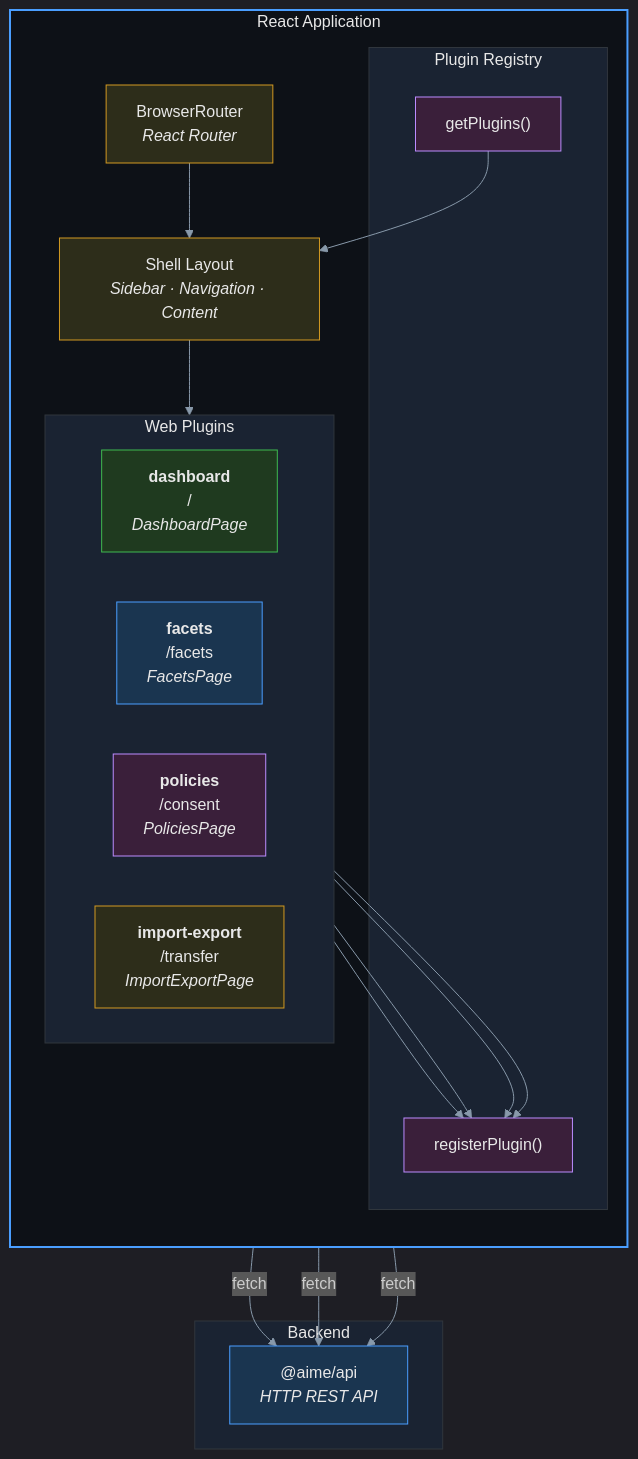
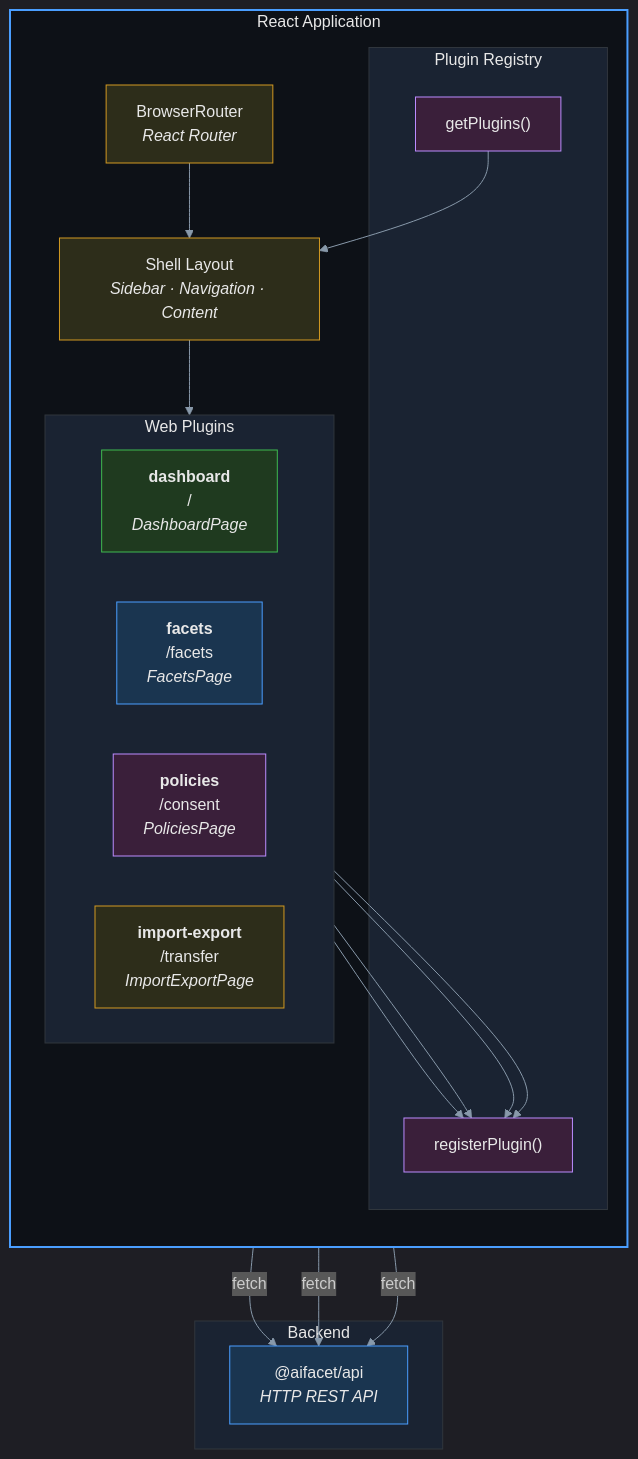
One commit to escamez/aifacet changed the fifth of 6 diagrams in docs/design/ARCHITECTURE.md. Above: the diagram before and after it, drawn with Mermaid. The commit also changed other lines of this file and 46 other files, not shown here.

First line of the commit message:
Rename project from AIME/contextme to AIFacet

````diff
--- a/docs/design/ARCHITECTURE.md
+++ b/docs/design/ARCHITECTURE.md
@@ -198,52 +198,52 @@
 ```mermaid
 %%{init: {'theme': 'dark', 'themeVariables': {'primaryColor': '#4a9eff', 'primaryTextColor': '#e8e8e8', 'primaryBorderColor': '#6bb3ff', 'lineColor': '#8899aa', 'secondaryColor': '#2d5a8a', 'tertiaryColor': '#1a3550'}}}%%
 
 graph TB
     subgraph WEBAPP["React Application"]
         direction TB
         ROUTER["BrowserRouter<br/><i>React Router</i>"]
         SHELL["Shell Layout<br/><i>Sidebar · Navigation · Content</i>"]
 
         subgraph REGISTRY["Plugin Registry"]
             REG["registerPlugin()"]
             GET["getPlugins()"]
         end
 
         subgraph WPLUGINS["Web Plugins"]
             direction LR
             DASH["<b>dashboard</b><br/>/<br/><i>DashboardPage</i>"]
             WFACETS["<b>facets</b><br/>/facets<br/><i>FacetsPage</i>"]
             WPOLICIES["<b>policies</b><br/>/consent<br/><i>PoliciesPage</i>"]
             WTRANSFER["<b>import-export</b><br/>/transfer<br/><i>ImportExportPage</i>"]
         end
     end
 
     subgraph BACKEND["Backend"]
-        BAPI["@aime/api<br/><i>HTTP REST API</i>"]
+        BAPI["@aifacet/api<br/><i>HTTP REST API</i>"]
     end
 
     ROUTER --> SHELL
     SHELL --> WPLUGINS
     DASH --> REG
     WFACETS --> REG
     WPOLICIES --> REG
     WTRANSFER --> REG
     GET --> SHELL
     WFACETS -->|fetch| BAPI
     WPOLICIES -->|fetch| BAPI
     WTRANSFER -->|fetch| BAPI
 
     style WEBAPP fill:#0d1117,stroke:#4a9eff,stroke-width:2px,color:#e8e8e8
     style REGISTRY fill:#1a2332,stroke:#30363d,stroke-width:1px,color:#e8e8e8
     style WPLUGINS fill:#1a2332,stroke:#30363d,stroke-width:1px,color:#e8e8e8
     style BACKEND fill:#1a2332,stroke:#30363d,stroke-width:1px,color:#e8e8e8
     style ROUTER fill:#2d2d1a,stroke:#d29922,color:#e8e8e8
     style SHELL fill:#2d2d1a,stroke:#d29922,color:#e8e8e8
     style REG fill:#3a1f3a,stroke:#bc8cff,color:#e8e8e8
     style GET fill:#3a1f3a,stroke:#bc8cff,color:#e8e8e8
     style DASH fill:#1f3a1f,stroke:#3fb950,color:#e8e8e8
     style WFACETS fill:#1a3550,stroke:#4a9eff,color:#e8e8e8
     style WPOLICIES fill:#3a1f3a,stroke:#bc8cff,color:#e8e8e8
     style WTRANSFER fill:#2d2d1a,stroke:#d29922,color:#e8e8e8
     style BAPI fill:#1a3550,stroke:#4a9eff,color:#e8e8e8
 ```
````
